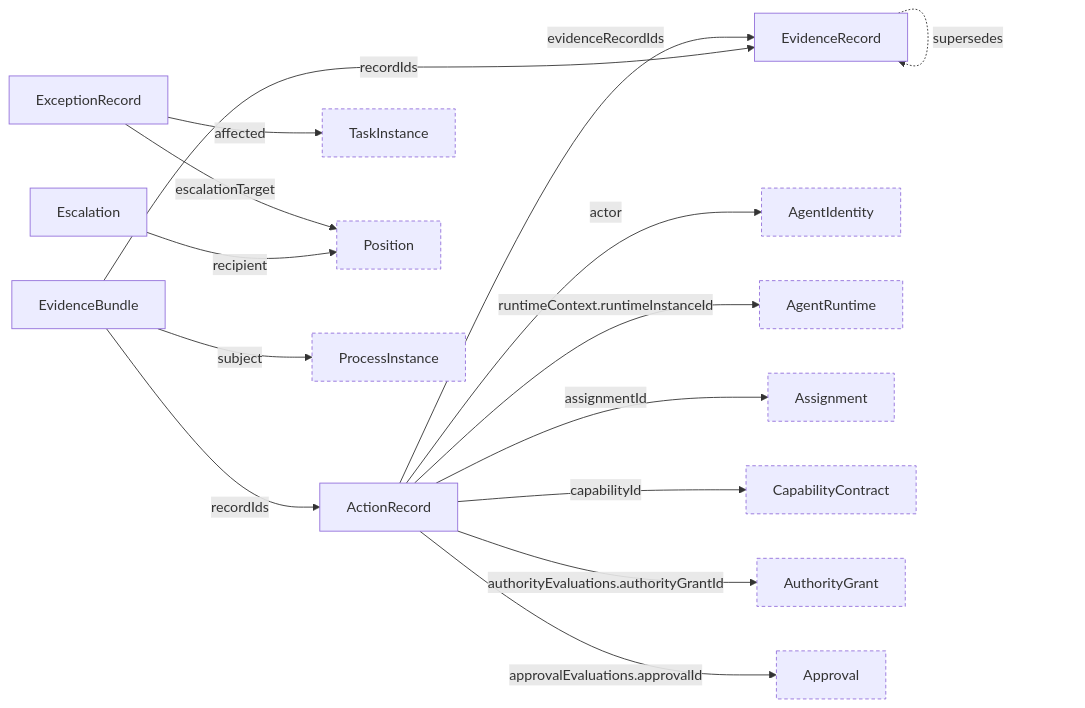
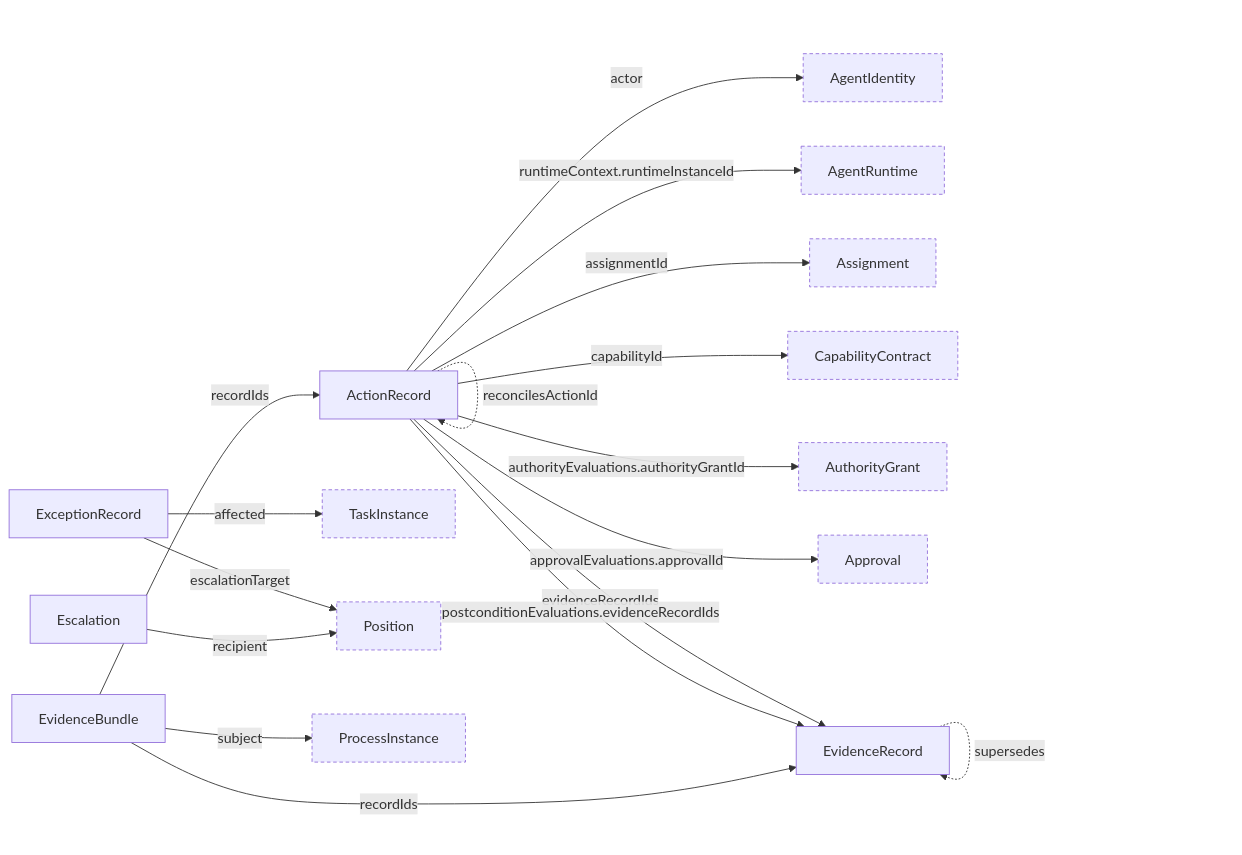
Before and after one commit to nauticana/charter: the diagram in schema/evidence/README.md, drawn with Mermaid. The commit also changed other lines of this file and 446 other files, not shown here.

````diff
--- a/schema/evidence/README.md
+++ b/schema/evidence/README.md
@@ -9,20 +9,22 @@
 ```mermaid
 flowchart LR
     EvidenceRecord -.->|supersedes| EvidenceRecord
     ActionRecord -->|actor| AgentIdentity
     ActionRecord -->|runtimeContext.runtimeInstanceId| AgentRuntime
     ActionRecord -->|assignmentId| Assignment
     ActionRecord -->|capabilityId| CapabilityContract
     ActionRecord -->|authorityEvaluations.authorityGrantId| AuthorityGrant
     ActionRecord -->|approvalEvaluations.approvalId| Approval
     ActionRecord -->|evidenceRecordIds| EvidenceRecord
+    ActionRecord -->|postconditionEvaluations.evidenceRecordIds| EvidenceRecord
+    ActionRecord -.->|reconcilesActionId| ActionRecord
     ExceptionRecord -->|affected| TaskInstance
     ExceptionRecord -->|escalationTarget| Position
     Escalation -->|recipient| Position
     EvidenceBundle -->|subject| ProcessInstance
     EvidenceBundle -->|recordIds| EvidenceRecord
     EvidenceBundle -->|recordIds| ActionRecord
 
     classDef ext stroke-dasharray: 4 3
     class AgentIdentity,AgentRuntime,Assignment,CapabilityContract,AuthorityGrant,Approval,TaskInstance,Position,ProcessInstance ext
 ```
````
